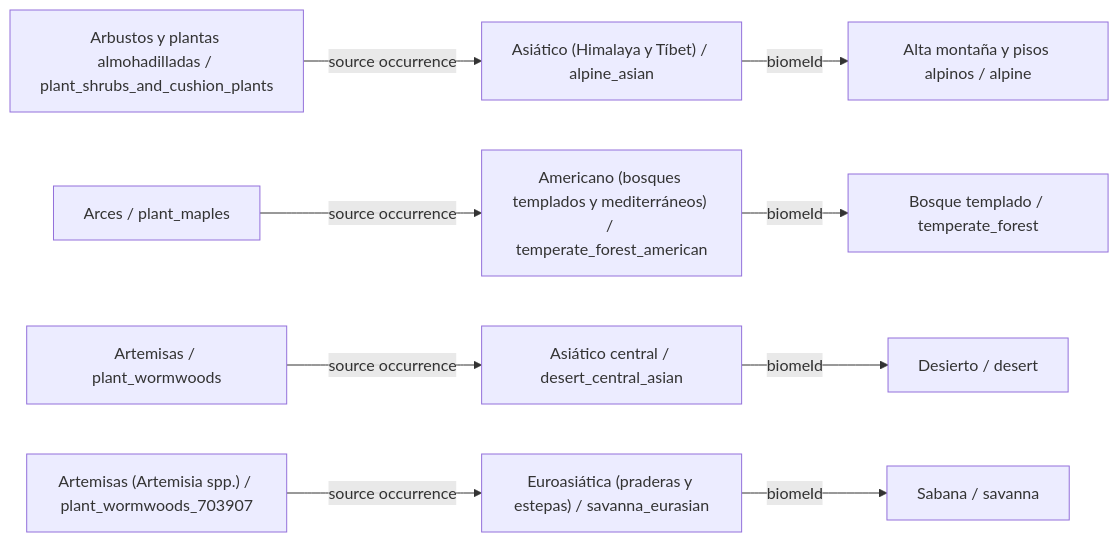
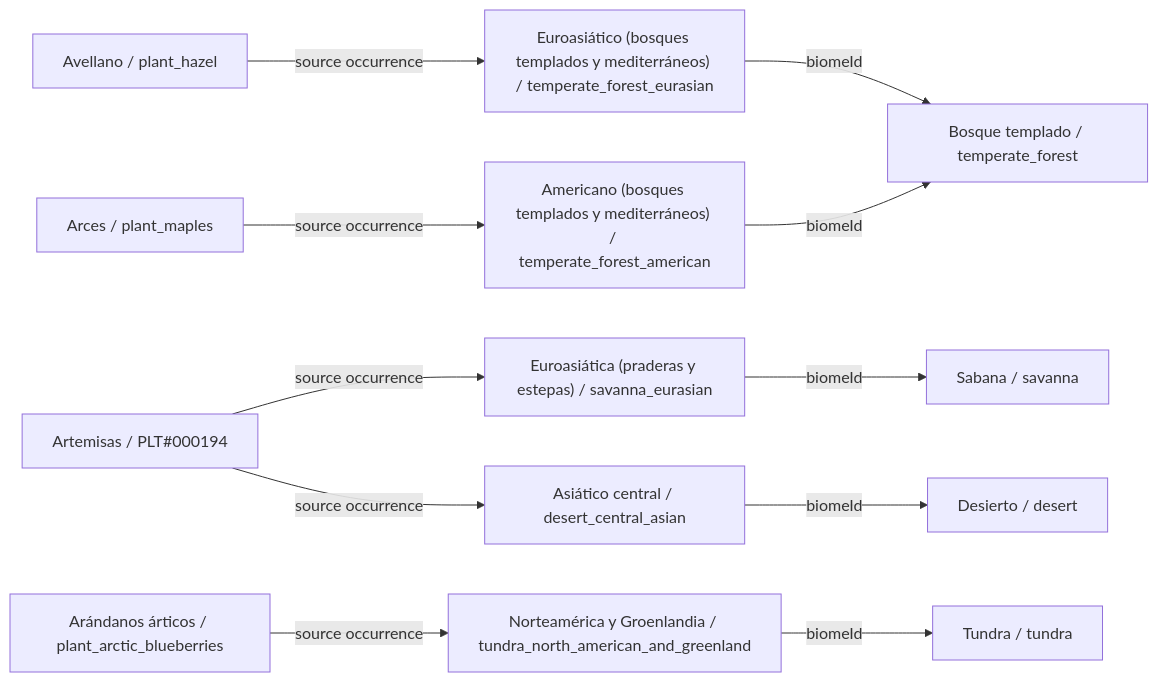
One commit to fgabo404/EvolveDoc changed the fourth of 34 diagrams in data/plants/DIAGRAMS.es.md. Above: the diagram before and after it, drawn with Mermaid. The commit also changed other lines of this file and 59 other files, not shown here.

````diff
--- a/data/plants/DIAGRAMS.es.md
+++ b/data/plants/DIAGRAMS.es.md
@@ -253,23 +224,26 @@
 ```mermaid
 flowchart LR
-    c0["Arbustos y plantas almohadilladas / plant_shrubs_and_cushion_plants"]
-    v24["Asiático (Himalaya y Tíbet) / alpine_asian"]
-    b6["Alta montaña y pisos alpinos / alpine"]
-    c1["Arces / plant_maples"]
+    c0["Arces / plant_maples"]
     v5["Americano (bosques templados y mediterráneos) / temperate_forest_american"]
     b1["Bosque templado / temperate_forest"]
-    c2["Artemisas / plant_wormwoods"]
+    c1["Artemisas / PLT#000194"]
+    v13["Euroasiática (praderas y estepas) / savanna_eurasian"]
+    b3["Sabana / savanna"]
     v17["Asiático central / desert_central_asian"]
     b4["Desierto / desert"]
-    c3["Artemisas (Artemisia spp.) / plant_wormwoods_703907"]
-    v13["Euroasiática (praderas y estepas) / savanna_eurasian"]
-    b3["Sabana / savanna"]
-    c0 -->|source occurrence| v24
-    c1 -->|source occurrence| v5
-    c2 -->|source occurrence| v17
-    c3 -->|source occurrence| v13
+    c2["Arándanos árticos / plant_arctic_blueberries"]
+    v8["Norteamérica y Groenlandia / tundra_north_american_and_greenland"]
+    b2["Tundra / tundra"]
+    c3["Avellano / plant_hazel"]
+    v4["Euroasiático (bosques templados y mediterráneos) / temperate_forest_eurasian"]
+    c0 -->|source occurrence| v5
+    c1 -->|source occurrence| v13
+    c1 -->|source occurrence| v17
+    c2 -->|source occurrence| v8
+    c3 -->|source occurrence| v4
     v13 -->|biomeId| b3
     v17 -->|biomeId| b4
-    v24 -->|biomeId| b6
+    v4 -->|biomeId| b1
     v5 -->|biomeId| b1
+    v8 -->|biomeId| b2
 ```
````
